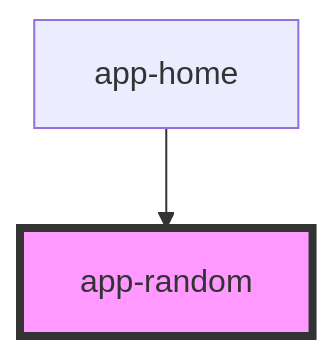
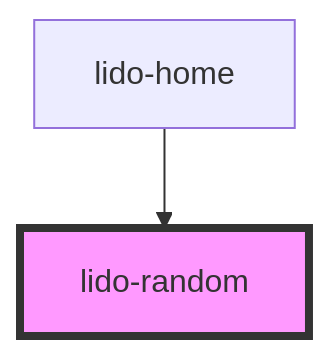
Before and after one commit to chimple/lido-player: the diagram in src/components/random/readme.md, drawn with Mermaid. The commit also changed other lines of this file and 40 other files, not shown here.

````diff
--- a/src/components/random/readme.md
+++ b/src/components/random/readme.md
@@ -40,5 +39,5 @@
 ```mermaid
 graph TD;
-  app-home --> app-random
-  style app-random fill:#f9f,stroke:#333,stroke-width:4px
+  lido-home --> lido-random
+  style lido-random fill:#f9f,stroke:#333,stroke-width:4px
 ```
````
